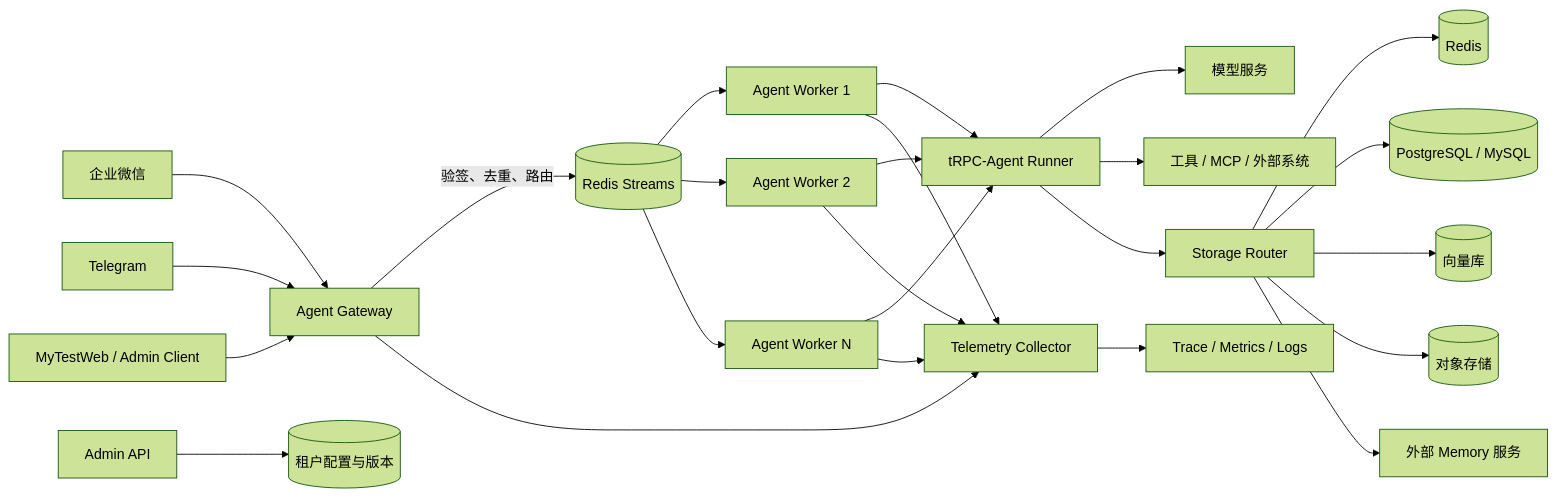
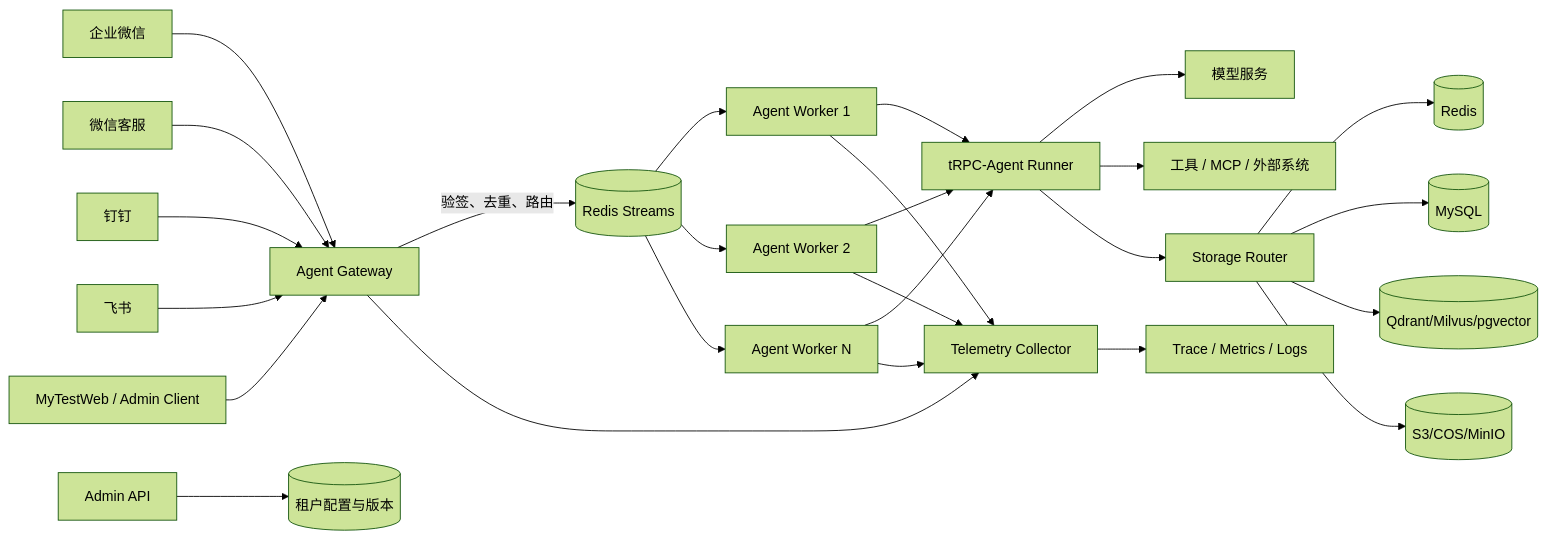
The first of 2 diagrams in docs/SUBMISSION_PROPOSAL.md (raychen911/trpc-agent-service), drawn with Mermaid (forest theme) before and after one commit. The commit also changed other lines of this file and 159 other files, not shown here.

````diff
--- a/docs/SUBMISSION_PROPOSAL.md
+++ b/docs/SUBMISSION_PROPOSAL.md
@@ -63,27 +63,28 @@
 ```mermaid
 flowchart LR
     IM1[企业微信] --> GW[Agent Gateway]
-    IM2[Telegram] --> GW
+    IM2[微信客服] --> GW
+    IM3[钉钉] --> GW
+    IM4[飞书] --> GW
     WEB[MyTestWeb / Admin Client] --> GW
     GW -->|验签、去重、路由| Q[(Redis Streams)]
     Q --> W1[Agent Worker 1]
     Q --> W2[Agent Worker 2]
     Q --> WN[Agent Worker N]
     W1 --> RUNNER[tRPC-Agent Runner]
     W2 --> RUNNER
     WN --> RUNNER
     RUNNER --> MODEL[模型服务]
     RUNNER --> TOOL[工具 / MCP / 外部系统]
     RUNNER --> SR[Storage Router]
     SR --> REDIS[(Redis)]
-    SR --> SQL[(PostgreSQL / MySQL)]
-    SR --> VECTOR[(向量库)]
-    SR --> OBJECT[(对象存储)]
-    SR --> MEMORY[外部 Memory 服务]
+    SR --> SQL[(MySQL)]
+    SR --> VECTOR[(Qdrant/Milvus/pgvector)]
+    SR --> OBJECT[(S3/COS/MinIO)]
     ADMIN[Admin API] --> CFG[(租户配置与版本)]
     GW --> OTEL[Telemetry Collector]
     W1 --> OTEL
     W2 --> OTEL
     WN --> OTEL
     OTEL --> OBS[Trace / Metrics / Logs]
 ```
````
